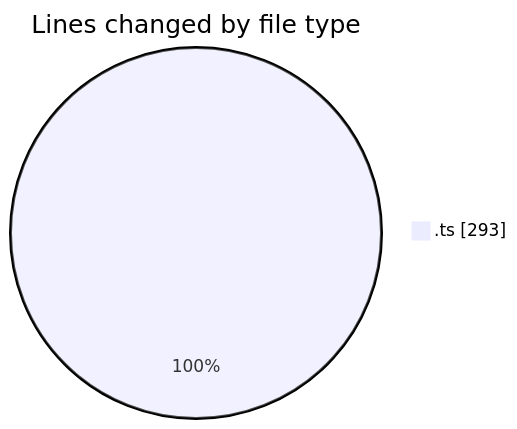
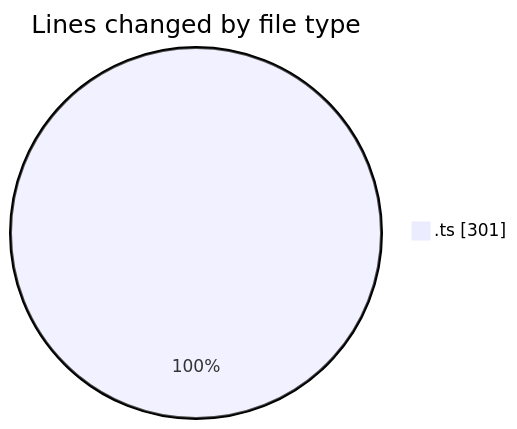
The first of 2 diagrams in 2025-10-19/typescript/README.md (Ritupan-Deka/code-tracking), drawn with Mermaid before and after one commit. The commit also changed other lines of this file and 1 other file, not shown here.

````diff
--- a/2025-10-19/typescript/README.md
+++ b/2025-10-19/typescript/README.md
@@ -21,5 +21,5 @@
 ```mermaid
 pie showData
 title Lines changed by file type
-".ts" : 293
+".ts" : 301
 ```
````
